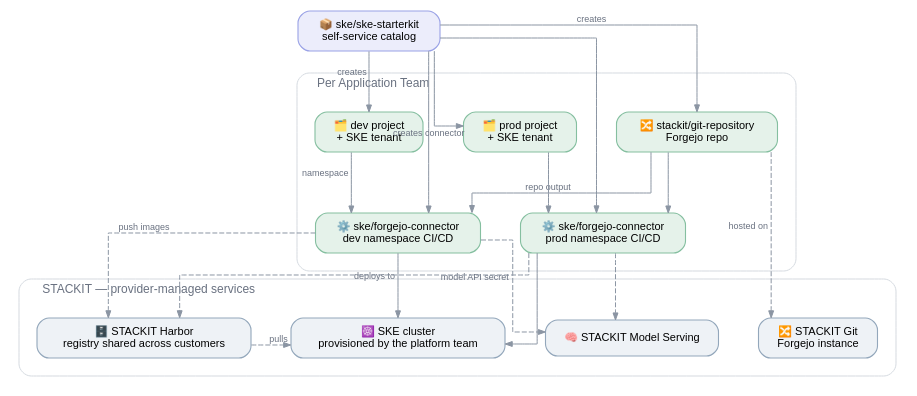
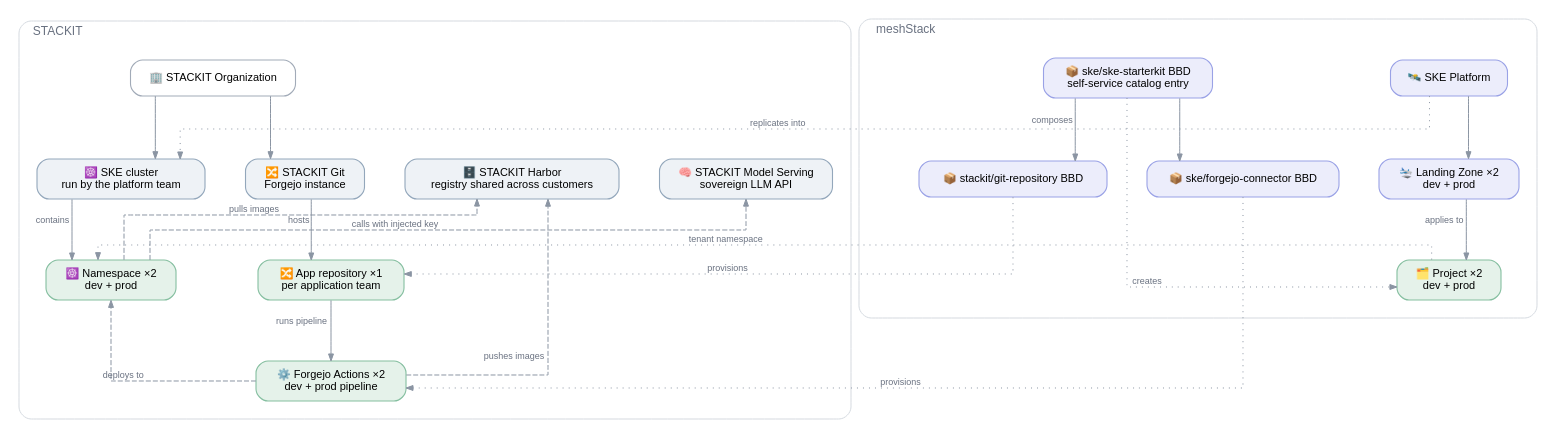
The diagram in reference-architectures/stackit-kubernetes.dot (meshcloud/meshstack-hub), drawn with Graphviz before and after one commit. The commit also changed 3 other files, not shown here.

First line of the commit message:
docs: refactor kubernetes reference architecture diagrams

```diff
--- a/reference-architectures/stackit-kubernetes.dot
+++ b/reference-architectures/stackit-kubernetes.dot
@@ -1,72 +1,74 @@
 /*
  * STACKIT Kubernetes (SKE) reference architecture.
  * Conventions: .agents/references/diagrams.md — render with: task diagrams
  */
 digraph stackit_kubernetes {
   rankdir=TB
   splines=ortho
   forcelabels=true
   bgcolor="white"
   nodesep=0.55
   ranksep=0.85
 
   node [shape=box style="rounded,filled" fontname="Helvetica" fontsize=11
         fillcolor="#ffffff" color="#a2abb8" penwidth=1.1 margin="0.20,0.11"]
   edge [fontname="Helvetica" fontsize=9 fontcolor="#697180" color="#8b95a3" arrowsize=0.7]
 
-  // meshStack definition the application team orders from the catalog
-  STARTER [label="📦 ske/ske-starterkit\nself-service catalog" fillcolor="#ecedfb" color="#9aa2e6"]
-
-  subgraph cluster_team {
-    label="  Per Application Team"
+  subgraph cluster_stackit {
+    label="  STACKIT"
     labeljust=l
     fontname="Helvetica" fontsize=12 fontcolor="#697180"
     style="rounded" color="#d5dae0"
     margin=18
 
-    REPO   [label="🔀 stackit/git-repository\nForgejo repo" fillcolor="#e5f2ea" color="#85bfa0"]
-    P_DEV  [label="🗂️ dev project\n+ SKE tenant" fillcolor="#e5f2ea" color="#85bfa0"]
-    P_PROD [label="🗂️ prod project\n+ SKE tenant" fillcolor="#e5f2ea" color="#85bfa0"]
-    D_DEV  [label="⚙️ ske/forgejo-connector\ndev namespace CI/CD" fillcolor="#e5f2ea" color="#85bfa0"]
-    D_PROD [label="⚙️ ske/forgejo-connector\nprod namespace CI/CD" fillcolor="#e5f2ea" color="#85bfa0"]
+    ORG    [label="🏢 STACKIT Organization" fillcolor="#ffffff" color="#a2abb8"]
+    SKE    [label="☸️ SKE cluster\nrun by the platform team" fillcolor="#eef2f6" color="#93a7bb"]
+    GIT    [label="🔀 STACKIT Git\nForgejo instance" fillcolor="#eef2f6" color="#93a7bb"]
+    HARBOR [label="🗄️ STACKIT Harbor\nregistry shared across customers" fillcolor="#eef2f6" color="#93a7bb"]
+    MODEL  [label="🧠 STACKIT Model Serving\nsovereign LLM API" fillcolor="#eef2f6" color="#93a7bb"]
+    NS     [label="☸️ Namespace ×2\ndev + prod" fillcolor="#e5f2ea" color="#85bfa0"]
+    REPO   [label="🔀 App repository ×1\nper application team" fillcolor="#e5f2ea" color="#85bfa0"]
+    ACT    [label="⚙️ Forgejo Actions ×2\ndev + prod pipeline" fillcolor="#e5f2ea" color="#85bfa0"]
 
-    { rank=same; P_PROD -> P_DEV -> REPO [style=invis] }
-    { rank=same; D_PROD -> D_DEV [style=invis] }
+    { rank=same; SKE -> GIT -> HARBOR -> MODEL [style=invis] }
+
+    ORG -> SKE
+    ORG -> GIT
+    SKE -> NS   [xlabel="contains"]
+    GIT -> REPO [xlabel="hosts"]
+
+    REPO -> ACT [xlabel="runs pipeline"]
+    ACT  -> HARBOR [xlabel="pushes images" style=dashed constraint=false]
+    ACT  -> NS     [xlabel="deploys to" style=dashed constraint=false]
+    NS   -> HARBOR [xlabel="pulls images" style=dashed constraint=false]
+    NS   -> MODEL  [xlabel="calls with injected key" style=dashed constraint=false]
   }
 
-  subgraph cluster_stackit {
-    label="  STACKIT — provider-managed services"
+  subgraph cluster_mesh {
+    label="  meshStack"
     labeljust=l
     fontname="Helvetica" fontsize=12 fontcolor="#697180"
     style="rounded" color="#d5dae0"
     margin=18
 
-    SKE    [label="☸️ SKE cluster\nprovisioned by the platform team" fillcolor="#eef2f6" color="#93a7bb"]
-    MODEL  [label="🧠 STACKIT Model Serving" fillcolor="#eef2f6" color="#93a7bb"]
-    HARBOR [label="🗄️ STACKIT Harbor\nregistry shared across customers" fillcolor="#eef2f6" color="#93a7bb"]
-    GIT    [label="🔀 STACKIT Git\nForgejo instance" fillcolor="#eef2f6" color="#93a7bb"]
+    PLAT  [label="🛰️ SKE Platform" fillcolor="#ecedfb" color="#9aa2e6"]
+    LZ    [label="🛬 Landing Zone ×2\ndev + prod" fillcolor="#ecedfb" color="#9aa2e6"]
+    PROJ  [label="🗂️ Project ×2\ndev + prod" fillcolor="#e5f2ea" color="#85bfa0"]
+    BBD_S [label="📦 ske/ske-starterkit BBD\nself-service catalog entry" fillcolor="#ecedfb" color="#9aa2e6"]
+    BBD_R [label="📦 stackit/git-repository BBD" fillcolor="#ecedfb" color="#9aa2e6"]
+    BBD_C [label="📦 ske/forgejo-connector BBD" fillcolor="#ecedfb" color="#9aa2e6"]
 
-    { rank=same; MODEL -> HARBOR -> SKE -> GIT [style=invis] }
+    { rank=same; BBD_R -> BBD_C [style=invis] }
+
+    PLAT  -> LZ
+    LZ    -> PROJ  [xlabel="applies to"]
+    BBD_S -> BBD_R [xlabel="composes"]
+    BBD_S -> BBD_C
+    BBD_S -> PROJ  [xlabel="creates" style=dotted constraint=false]
   }
 
-  STARTER -> REPO   [xlabel="creates"]
-  STARTER -> P_DEV  [xlabel="creates"]
-  STARTER -> P_PROD
-  STARTER -> D_DEV  [xlabel="creates connector"]
-  STARTER -> D_PROD
-
-  P_DEV  -> D_DEV [xlabel="namespace"]
-  P_PROD -> D_PROD
-  REPO   -> D_DEV [xlabel="repo output"]
-  REPO   -> D_PROD
-
-  D_DEV  -> SKE [xlabel="deploys to"]
-  D_PROD -> SKE
-
-  REPO   -> GIT    [xlabel="hosted on" style=dashed]
-  D_DEV  -> HARBOR [xlabel="push images" style=dashed]
-  D_PROD -> HARBOR [style=dashed]
-  D_DEV  -> MODEL  [xlabel="model API secret" style=dashed]
-  D_PROD -> MODEL  [style=dashed]
-  HARBOR -> SKE    [xlabel="pulls" style=dashed constraint=false]
+  PLAT  -> SKE  [xlabel="replicates into" style=dotted constraint=false]
+  PROJ  -> NS   [xlabel="tenant namespace" style=dotted constraint=false]
+  BBD_R -> REPO [xlabel="provisions" style=dotted constraint=false]
+  BBD_C -> ACT  [xlabel="provisions" style=dotted constraint=false]
 }
```
